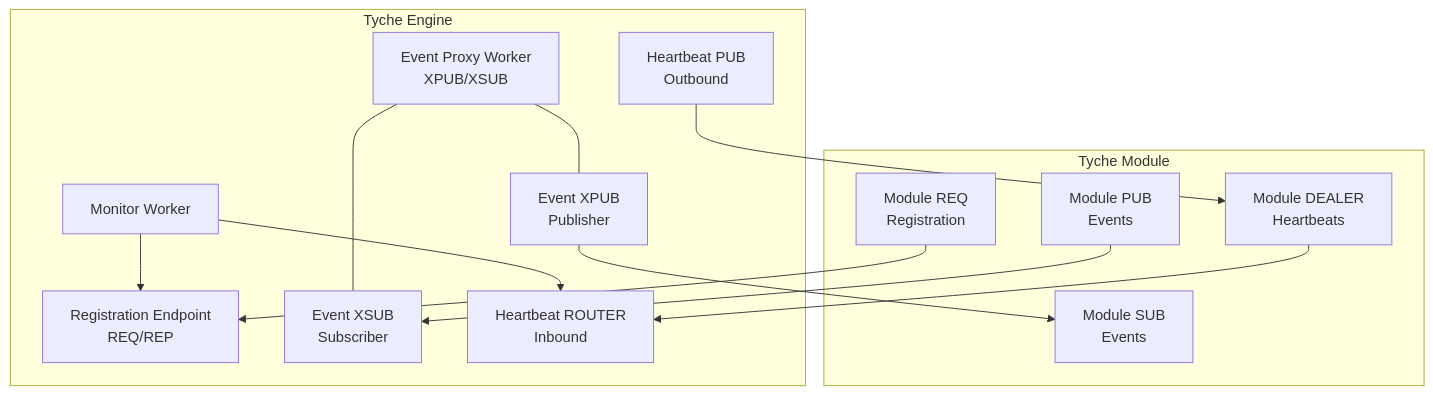
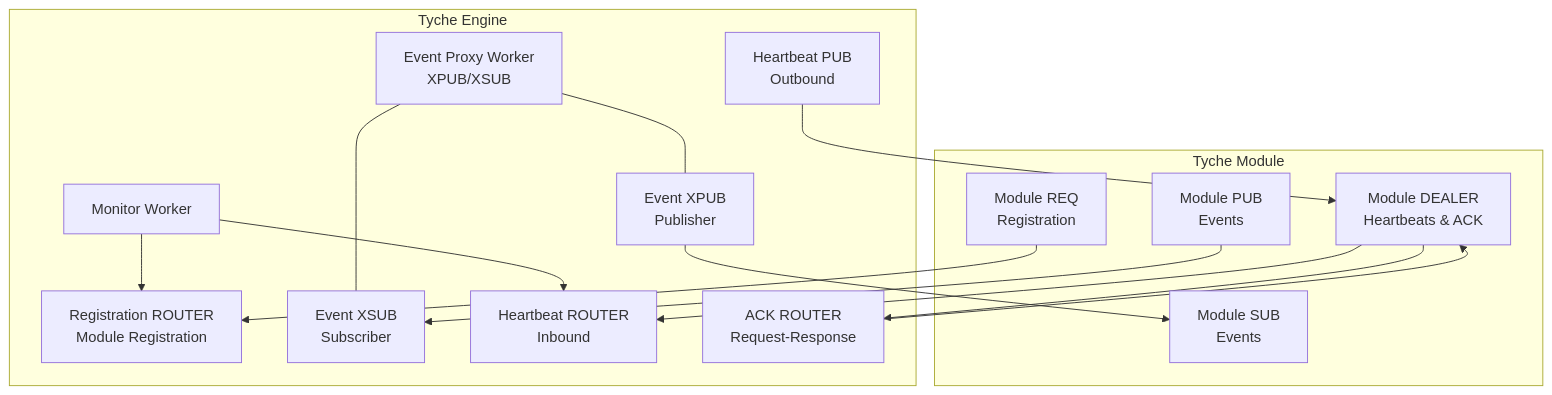
The first of 7 diagrams in .qoder/repowiki/en/content/Communication Patterns/Communication Patterns.md (zt281/TycheEngine), drawn with Mermaid before and after one commit. The commit also changed other lines of this file and 11 other files, not shown here.

````diff
--- a/.qoder/repowiki/en/content/Communication Patterns/Communication Patterns.md
+++ b/.qoder/repowiki/en/content/Communication Patterns/Communication Patterns.md
@@ -48,27 +57,30 @@
 ```mermaid
 graph TB
 subgraph "Tyche Engine"
-REG["Registration Endpoint<br/>REQ/REP"]
+REG["Registration ROUTER<br/>Module Registration"]
 XPUB["Event XPUB<br/>Publisher"]
 XSUB["Event XSUB<br/>Subscriber"]
 HB_OUT["Heartbeat PUB<br/>Outbound"]
 HB_IN["Heartbeat ROUTER<br/>Inbound"]
+ACK_ROUTER["ACK ROUTER<br/>Request-Response"]
 MON["Monitor Worker"]
 PROXY["Event Proxy Worker<br/>XPUB/XSUB"]
 end
 subgraph "Tyche Module"
 MOD_REQ["Module REQ<br/>Registration"]
 MOD_PUB["Module PUB<br/>Events"]
 MOD_SUB["Module SUB<br/>Events"]
-MOD_DEALER["Module DEALER<br/>Heartbeats"]
+MOD_DEALER["Module DEALER<br/>Heartbeats & ACK"]
 end
 MOD_REQ --> REG
 MOD_PUB --> XSUB
 XPUB --> MOD_SUB
 MOD_DEALER --> HB_IN
 HB_OUT --> MOD_DEALER
+MOD_DEALER --> ACK_ROUTER
+ACK_ROUTER --> MOD_DEALER
 PROXY --- XPUB
 PROXY --- XSUB
 MON --> REG
 MON --> HB_IN
 ```
````
